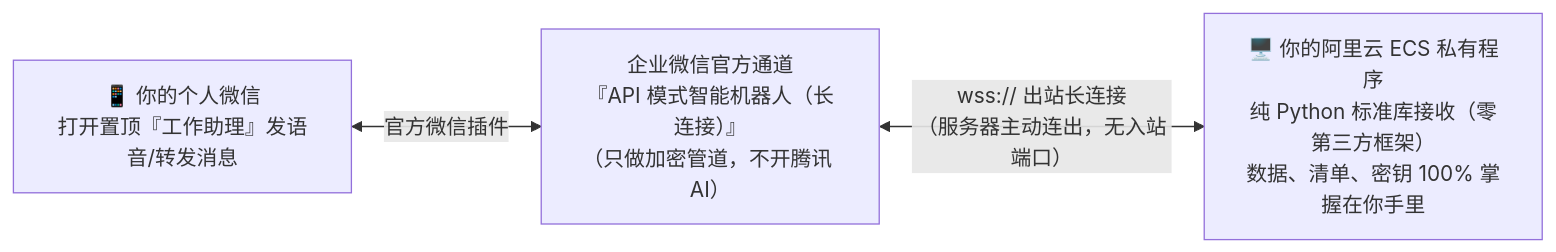
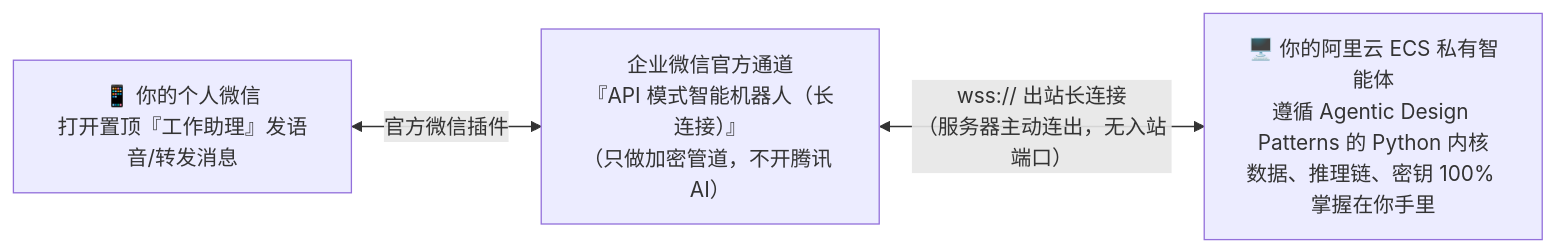
The diagram in wechat_AI_assistant/docs/01-需求定义与日常场景.md (JohnWissentek/agentic_learning), drawn with Mermaid before and after one commit. The commit also changed other lines of this file and 4 other files, not shown here.

````diff
--- a/wechat_AI_assistant/docs/01-需求定义与日常场景.md
+++ b/wechat_AI_assistant/docs/01-需求定义与日常场景.md
@@ -33,5 +30,5 @@
 ```mermaid
 flowchart LR
     U["📱 你的个人微信<br/>打开置顶『工作助理』发语音/转发消息"] <-->|"官方微信插件"| WC["企业微信官方通道<br/>『API 模式智能机器人（长连接）』<br/>（只做加密管道，不开腾讯 AI）"]
-    WC <-->|"wss:// 出站长连接<br/>（服务器主动连出，无入站端口）"| ECS["🖥️ 你的阿里云 ECS 私有程序<br/>纯 Python 标准库接收（零第三方框架）<br/>数据、清单、密钥 100% 掌握在你手里"]
+    WC <-->|"wss:// 出站长连接<br/>（服务器主动连出，无入站端口）"| ECS["🖥️ 你的阿里云 ECS 私有智能体<br/>遵循 Agentic Design Patterns 的 Python 内核<br/>数据、推理链、密钥 100% 掌握在你手里"]
 ```
````
